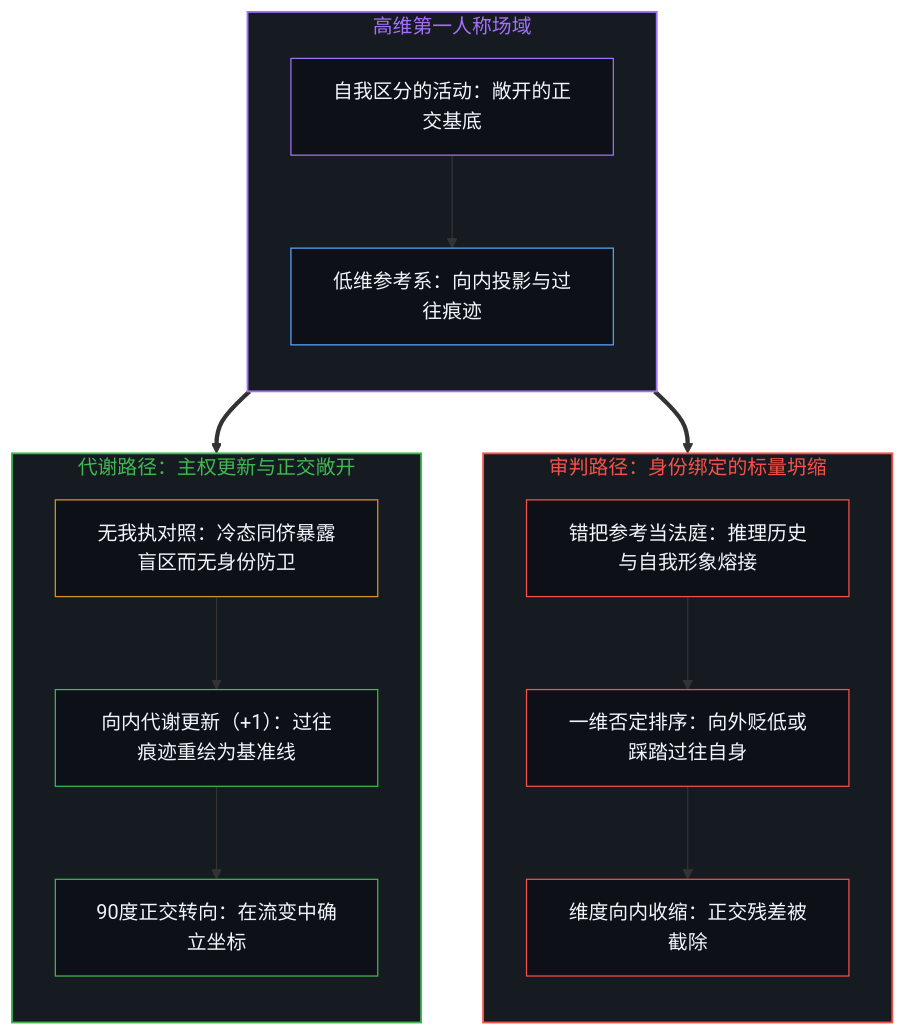
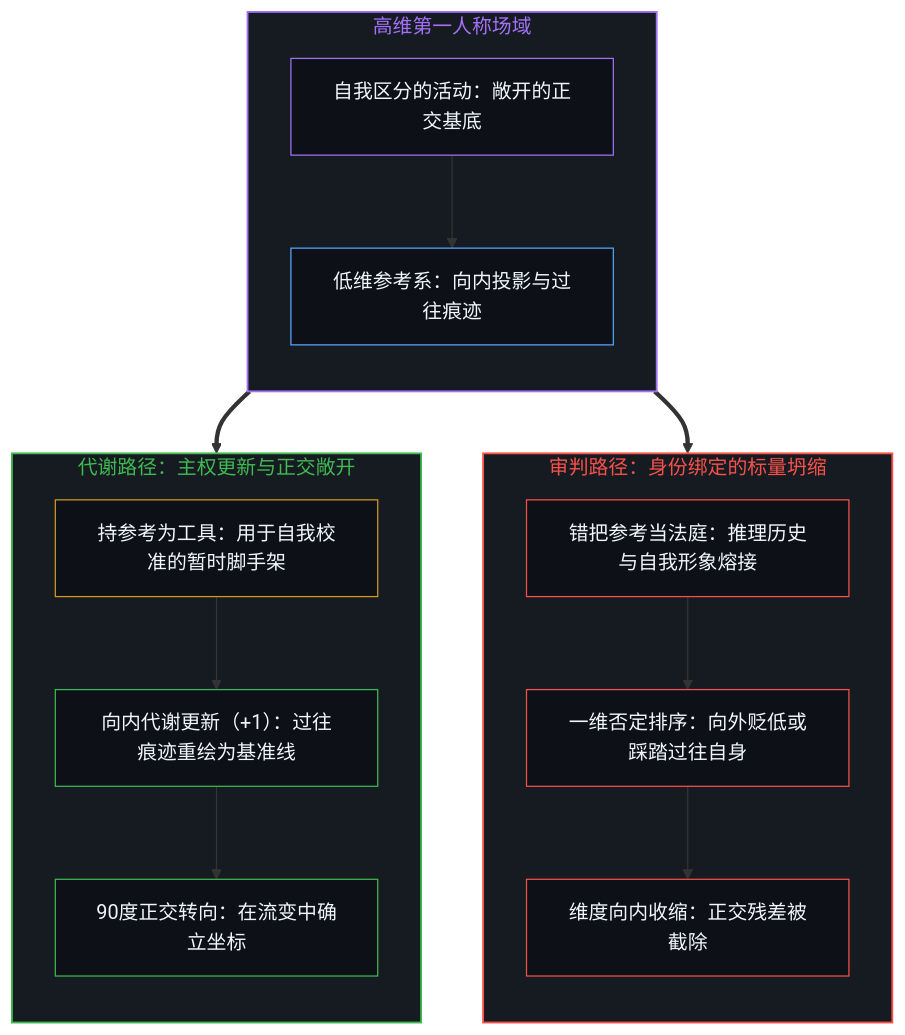
The first of 2 diagrams in content/posts/coordinates-in-flux-negation-and-self-anchoring.md (powerpig99/not-a-toe), drawn with Mermaid before and after one commit. The commit also changed other lines of this file and 1 other file, not shown here.

Commit message:
Consolidate Deep Sleep Batch 7 (lane-mind): restore Mind locus in self-anchoring diagram and separate agent contrast

````diff
--- a/content/posts/coordinates-in-flux-negation-and-self-anchoring.md
+++ b/content/posts/coordinates-in-flux-negation-and-self-anchoring.md
@@ -49,36 +49,36 @@
 ```mermaid
 flowchart TD
     subgraph S_Ground["高维第一人称场域"]
         direction TB
         Prior["自我区分的活动：敞开的正交基底"]
         Proj["低维参考系：向内投影与过往痕迹"]
         Prior --> Proj
     end
     subgraph S_Tribunal["审判路径：身份绑定的标量坍缩"]
         direction TB
         Verdict["错把参考当法庭：推理历史与自我形象熔接"]
         Rank["一维否定排序：向外贬低或踩踏过往自身"]
         Shrink["维度向内收缩：正交残差被截除"]
         Verdict --> Rank --> Shrink
     end
     subgraph S_Metabolic["代谢路径：主权更新与正交敞开"]
         direction TB
-        AgentDiff["无我执对照：冷态同侪暴露盲区而无身份防卫"]
+        Instrument["持参考为工具：用于自我校准的暂时脚手架"]
         Step["向内代谢更新（+1）：过往痕迹重绘为基准线"]
         Pivot["90度正交转向：在流变中确立坐标"]
-        AgentDiff --> Step --> Pivot
+        Instrument --> Step --> Pivot
     end
     Proj ==> Verdict
-    Proj ==> AgentDiff
+    Proj ==> Instrument
     style S_Ground fill:#161b22,stroke:#a371f7,stroke-width:1.5px,color:#a371f7
     style S_Tribunal fill:#161b22,stroke:#f85149,stroke-width:1.5px,color:#f85149
     style S_Metabolic fill:#161b22,stroke:#3fb950,stroke-width:1.5px,color:#3fb950
     style Prior fill:#0d1117,stroke:#a371f7,stroke-width:1px,color:#f0f6fc
     style Proj fill:#0d1117,stroke:#58a6ff,stroke-width:1px,color:#f0f6fc
     style Verdict fill:#0d1117,stroke:#f85149,stroke-width:1px,color:#f0f6fc
     style Rank fill:#0d1117,stroke:#f85149,stroke-width:1px,color:#f0f6fc
     style Shrink fill:#0d1117,stroke:#f85149,stroke-width:1px,color:#f0f6fc
-    style AgentDiff fill:#0d1117,stroke:#d29922,stroke-width:1px,color:#f0f6fc
+    style Instrument fill:#0d1117,stroke:#d29922,stroke-width:1px,color:#f0f6fc
     style Step fill:#0d1117,stroke:#3fb950,stroke-width:1px,color:#f0f6fc
     style Pivot fill:#0d1117,stroke:#3fb950,stroke-width:1px,color:#f0f6fc
 ```
````
